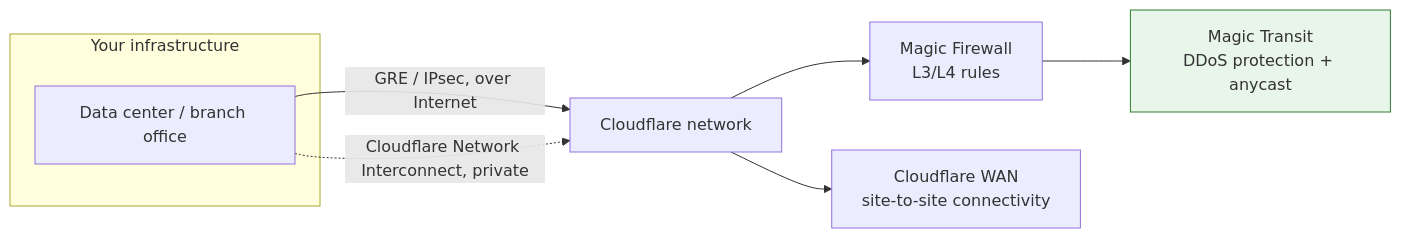
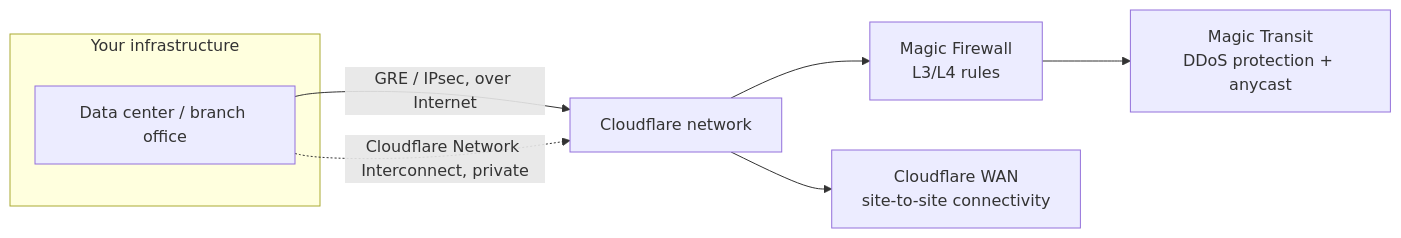
The diagram in docs/foundation/network-foundation.md (kevinevans1/cloudflare-adoption-framework), drawn with Mermaid before and after one commit. The commit also changed 12 other files, not shown here.

Commit message:
Remove hardcoded Mermaid node colors causing readability issues; let diagrams use Material's theme-aware rendering

````diff
--- a/docs/foundation/network-foundation.md
+++ b/docs/foundation/network-foundation.md
@@ -9,13 +9,12 @@
 ```mermaid
 flowchart LR
     subgraph Your infrastructure
         DC[Data center / branch office]
     end
     DC -->|GRE / IPsec, over Internet| CF[Cloudflare network]
     DC -.->|Cloudflare Network Interconnect, private| CF
     CF --> MF[Magic Firewall<br/>L3/L4 rules]
     MF --> MT[Magic Transit<br/>DDoS protection + anycast]
     CF --> WAN[Cloudflare WAN<br/>site-to-site connectivity]
 
-    style MT fill:#e8f5e9,stroke:#2e7d32,stroke-width:1px
 ```
````
